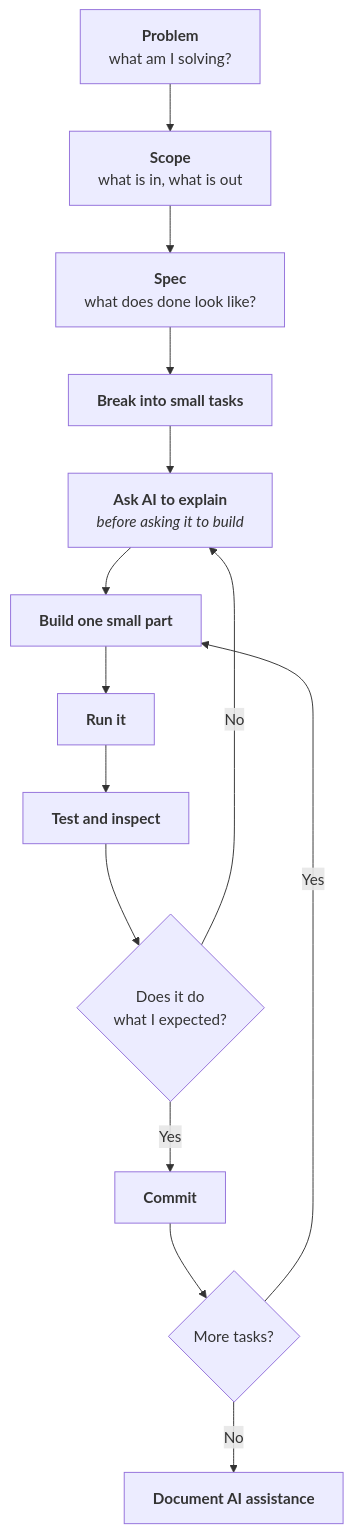
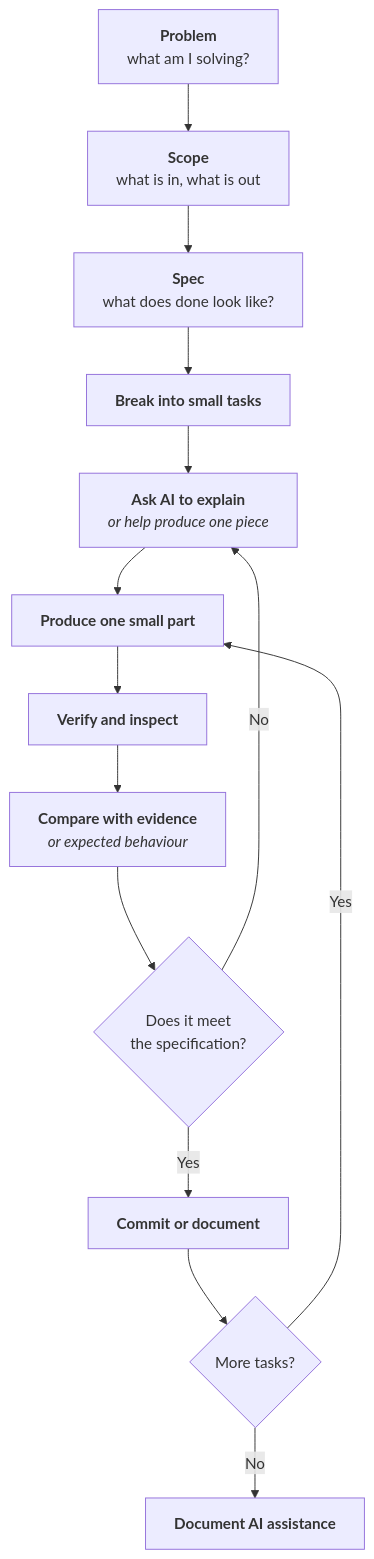
The diagram in docs/foundation/week-4/part-5-ai-native-building.md (Blockchain-NTU-SG/academy-handbook), drawn with Mermaid before and after one commit. The commit also changed other lines of this file and 12 other files, not shown here.

````diff
--- a/docs/foundation/week-4/part-5-ai-native-building.md
+++ b/docs/foundation/week-4/part-5-ai-native-building.md
@@ -44,16 +44,16 @@
 ```mermaid
 flowchart TD
   A["<b>Problem</b><br/>what am I solving?"] --> B["<b>Scope</b><br/>what is in, what is out"]
   B --> C["<b>Spec</b><br/>what does done look like?"]
   C --> D["<b>Break into small tasks</b>"]
-  D --> E["<b>Ask AI to explain</b><br/><i>before asking it to build</i>"]
-  E --> F["<b>Build one small part</b>"]
-  F --> G["<b>Run it</b>"]
-  G --> H["<b>Test and inspect</b>"]
-  H --> I{"Does it do<br/>what I expected?"}
+  D --> E["<b>Ask AI to explain</b><br/><i>or help produce one piece</i>"]
+  E --> F["<b>Produce one small part</b>"]
+  F --> G["<b>Verify and inspect</b>"]
+  G --> H["<b>Compare with evidence</b><br/><i>or expected behaviour</i>"]
+  H --> I{"Does it meet<br/>the specification?"}
   I -->|No| E
-  I -->|Yes| J["<b>Commit</b>"]
+  I -->|Yes| J["<b>Commit or document</b>"]
   J --> K{"More tasks?"}
   K -->|Yes| F
   K -->|No| L["<b>Document AI assistance</b>"]
 ```
````
